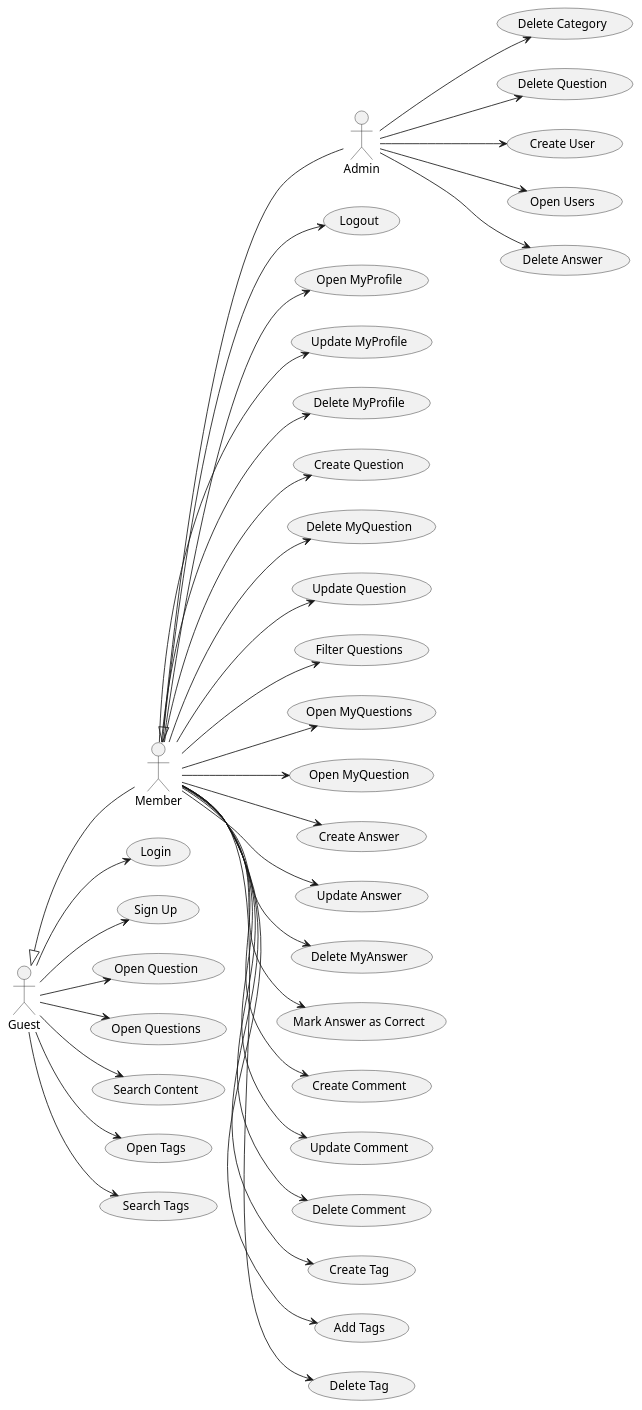
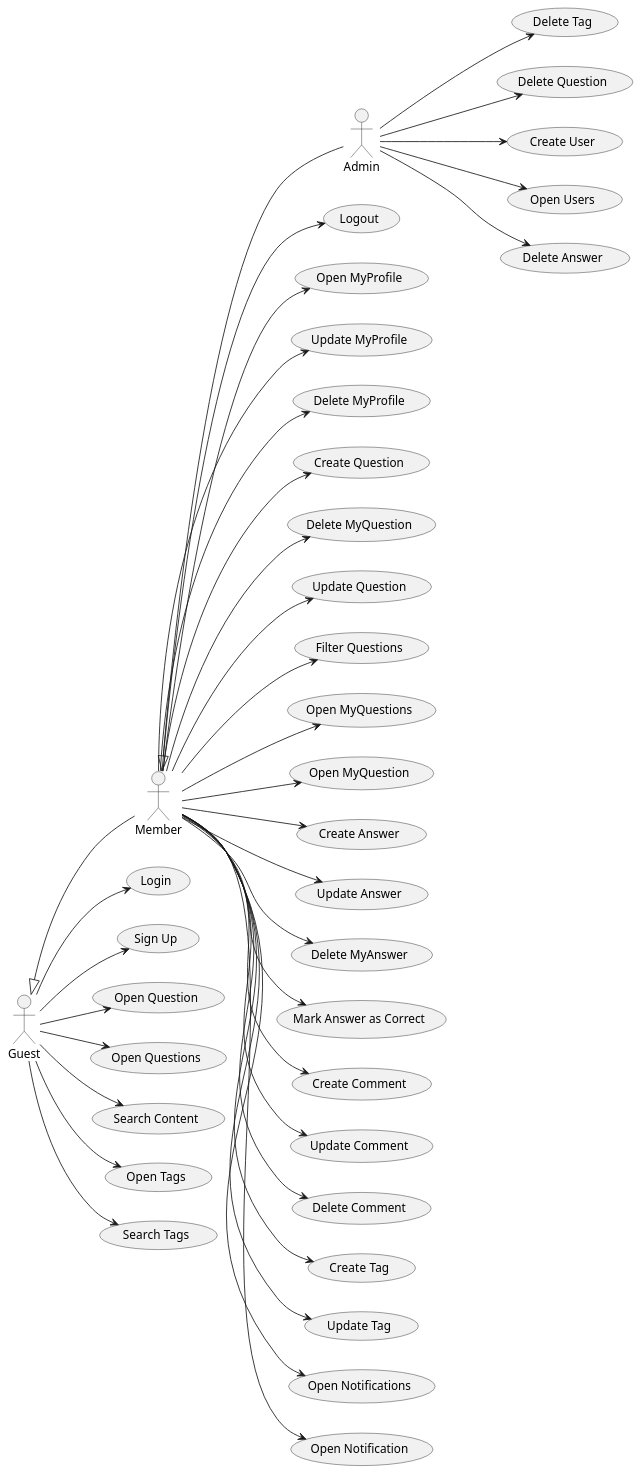
The diagram in src/main/resources/templates/casosDeUso.plantuml (rafaelacirino/miw-backend-foro), drawn with PlantUML before and after one commit. The commit also changed 7 other files, not shown here.

Commit message:
cambios en diagramas

```diff
--- a/src/main/resources/templates/casosDeUso.plantuml
+++ b/src/main/resources/templates/casosDeUso.plantuml
@@ -1,76 +1,81 @@
 @startuml
+
 actor Guest
 actor Member
 actor Admin
+
 Guest <|-down- Member
 Member <|-down- Admin
 
 left to right direction
 (Login) as UC1
 (Logout) as UC2
 (Sign Up) as UC3
 (Open MyProfile) as UC4
 (Update MyProfile) as UC5
 (Delete MyProfile) as UC6
 (Open Question) as UC7
 (Create Question) as UC8
 (Delete MyQuestion) as UC9
 (Update Question) as UC10
 (Open Questions) as UC11
 (Filter Questions) as UC12
 (Open MyQuestions) as UC13
 (Open MyQuestion) as UC32
 (Create Answer) as UC14
 (Update Answer) as UC15
 (Delete MyAnswer) as UC16
 (Mark Answer as Correct) as UC17
 (Create Comment) as UC18
 (Update Comment) as UC19
 (Delete Comment) as UC20
 (Create Tag) as UC21
-'añadir una nueva categoria
-(Add Tags) as UC22
-(Delete Tag) as UC23
-'para los users        delete category para el admin
-(Delete Category) as UC24
+(Update Tag) as UC22
+(Delete Tag) as UC24
 (Search Content) as UC25
 (Open Tags) as UC26
 (Search Tags) as UC27
-' (Manage Roles) as UC26
 (Delete Question) as UC28
 (Create User) as UC29
 (Open Users) as UC30
 (Delete Answer) as UC31
+(Open Notifications) as UC33
+(Open Notification) as UC34
+
 Guest --> UC7
 Guest --> UC11
 Guest --> UC25
 Guest --> UC26
 Guest --> UC27
 Guest --> UC1
 Guest --> UC3
+
 Member --> UC2
 Member --> UC4
 Member --> UC5
 Member --> UC6
 Member --> UC8
 Member --> UC9
 Member --> UC10
 Member --> UC12
 Member --> UC13
 Member --> UC14
 Member --> UC15
 Member --> UC16
 Member --> UC17
 Member --> UC18
 Member --> UC19
 Member --> UC20
 Member --> UC21
 Member --> UC22
-Member --> UC23
 Member --> UC32
+Member --> UC33
+Member --> UC34
+
 Admin --> UC24
 Admin --> UC28
 Admin --> UC29
 Admin --> UC30
 Admin --> UC31
+
 @enduml
```
